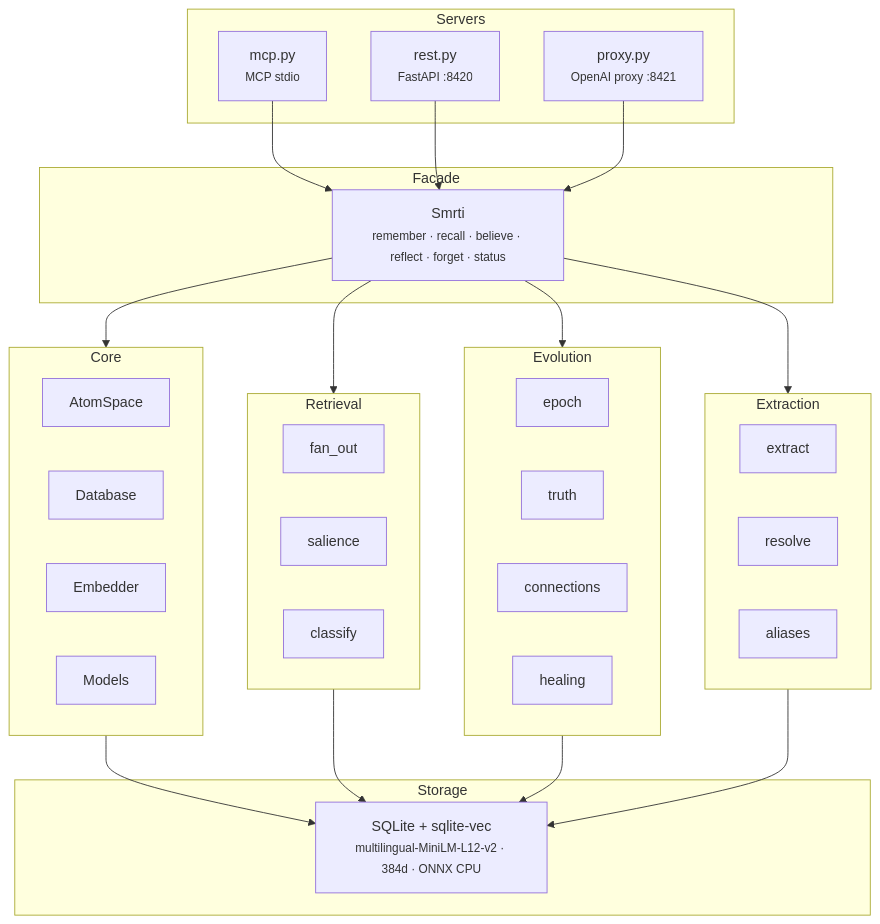
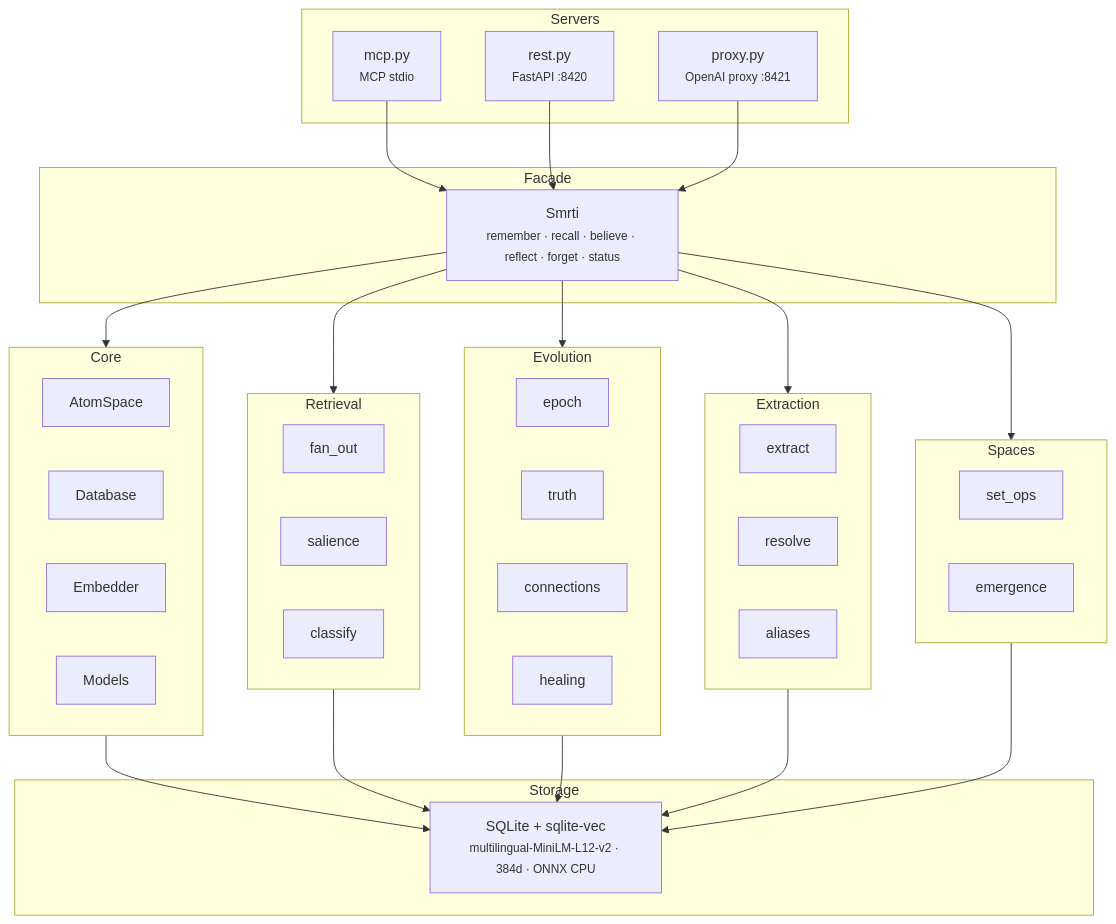
One commit to cyqlelabs/smrti changed the diagram in README.md. Above: the diagram before and after it, drawn with Mermaid. The commit also changed other lines of this file and 5 other files, not shown here.

````diff
--- a/README.md
+++ b/README.md
@@ -285,46 +286,51 @@
 ```mermaid
 graph TD
     subgraph Facade
         S["Smrti<br/><small>remember · recall · believe · reflect · forget · status</small>"]
     end
 
     subgraph Servers
         MCP["mcp.py<br/><small>MCP stdio</small>"]
         REST["rest.py<br/><small>FastAPI :8420</small>"]
         PROXY["proxy.py<br/><small>OpenAI proxy :8421</small>"]
     end
 
     subgraph Core
         AS["AtomSpace"]
         DB["Database"]
         EMB["Embedder"]
         MOD["Models"]
     end
 
     subgraph Retrieval
         FAN["fan_out"]
         SAL["salience"]
         CLS["classify"]
     end
 
     subgraph Evolution
         EPO["epoch"]
         TRU["truth"]
         CON["connections"]
         HEA["healing"]
     end
 
+    subgraph Spaces
+        SOP["set_ops"]
+        EMG["emergence"]
+    end
+
     subgraph Extraction
         EXT["extract"]
         RES["resolve"]
         ALI["aliases"]
     end
 
     subgraph Storage
         SQL["SQLite + sqlite-vec<br/><small>multilingual-MiniLM-L12-v2 · 384d · ONNX CPU</small>"]
     end
 
     MCP & REST & PROXY --> S
-    S --> Core & Retrieval & Evolution & Extraction
-    Core & Retrieval & Evolution & Extraction --> SQL
+    S --> Core & Retrieval & Evolution & Extraction & Spaces
+    Core & Retrieval & Evolution & Extraction & Spaces --> SQL
 ```
````
